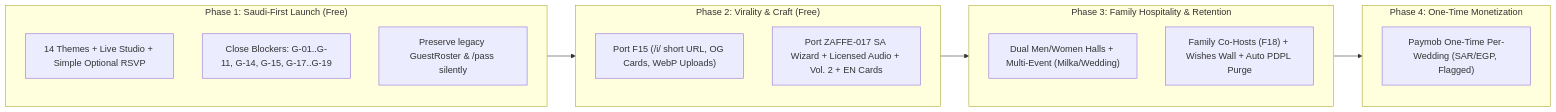
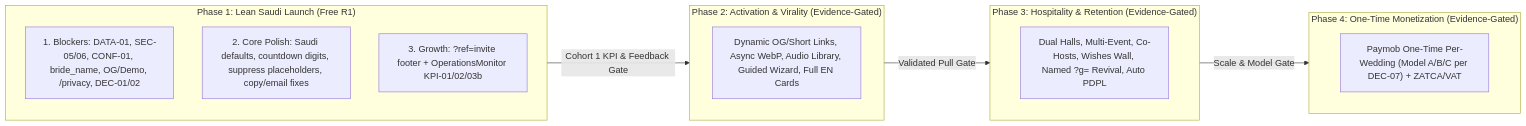
The second of 2 diagrams in docs/business/business-requirements-document.md (mohamedelbalooty/Zaffe), drawn with Mermaid before and after one commit. The commit also changed other lines of this file and 3 other files, not shown here.

Commit message:
docs(strategy): refine Phase 1 launch scope, evidence-gated roadmap, and PO Decision Pack DEC-01..DEC-07 (ZAFFE-026)

````diff
--- a/docs/business/business-requirements-document.md
+++ b/docs/business/business-requirements-document.md
@@ -358,20 +265,18 @@
 ```mermaid
 flowchart LR
-    subgraph Phase1["Phase 1: Saudi-First Launch (Free)"]
-        P1A["14 Themes + Live Studio + Simple Optional RSVP"]
-        P1B["Close Blockers: G-01..G-11, G-14, G-15, G-17..G-19"]
-        P1C["Preserve legacy GuestRoster & /pass silently"]
+    subgraph P1["Phase 1: Lean Saudi Launch (Free R1)"]
+        P1a["1. Blockers: DATA-01, SEC-05/06, CONF-01, bride_name, OG/Demo, /privacy, DEC-01/02"]
+        P1b["2. Core Polish: Saudi defaults, countdown digits, suppress placeholders, copy/email fixes"]
+        P1c["3. Growth: ?ref=invite footer + OperationsMonitor KPI-01/02/03b"]
     end
-    subgraph Phase2["Phase 2: Virality & Craft (Free)"]
-        P2A["Port F15 (/i/ short URL, OG Cards, WebP Uploads)"]
-        P2B["Port ZAFFE-017 SA Wizard + Licensed Audio + Vol. 2 + EN Cards"]
+    subgraph P2["Phase 2: Activation & Virality (Evidence-Gated)"]
+        P2a["Dynamic OG/Short Links, Async WebP, Audio Library, Guided Wizard, Full EN Cards"]
     end
-    subgraph Phase3["Phase 3: Family Hospitality & Retention"]
-        P3A["Dual Men/Women Halls + Multi-Event (Milka/Wedding)"]
-        P3B["Family Co-Hosts (F18) + Wishes Wall + Auto PDPL Purge"]
+    subgraph P3["Phase 3: Hospitality & Retention (Evidence-Gated)"]
+        P3a["Dual Halls, Multi-Event, Co-Hosts, Wishes Wall, Named ?g= Revival, Auto PDPL"]
     end
-    subgraph Phase4["Phase 4: One-Time Monetization"]
-        P4A["Paymob One-Time Per-Wedding (SAR/EGP, Flagged)"]
+    subgraph P4["Phase 4: One-Time Monetization (Evidence-Gated)"]
+        P4a["Paymob One-Time Per-Wedding (Model A/B/C per DEC-07) + ZATCA/VAT"]
     end
-    Phase1 --> Phase2 --> Phase3 --> Phase4
+    P1 -->|"Cohort 1 KPI & Feedback Gate"| P2 -->|"Validated Pull Gate"| P3 -->|"Scale & Model Gate"| P4
 ```
````
